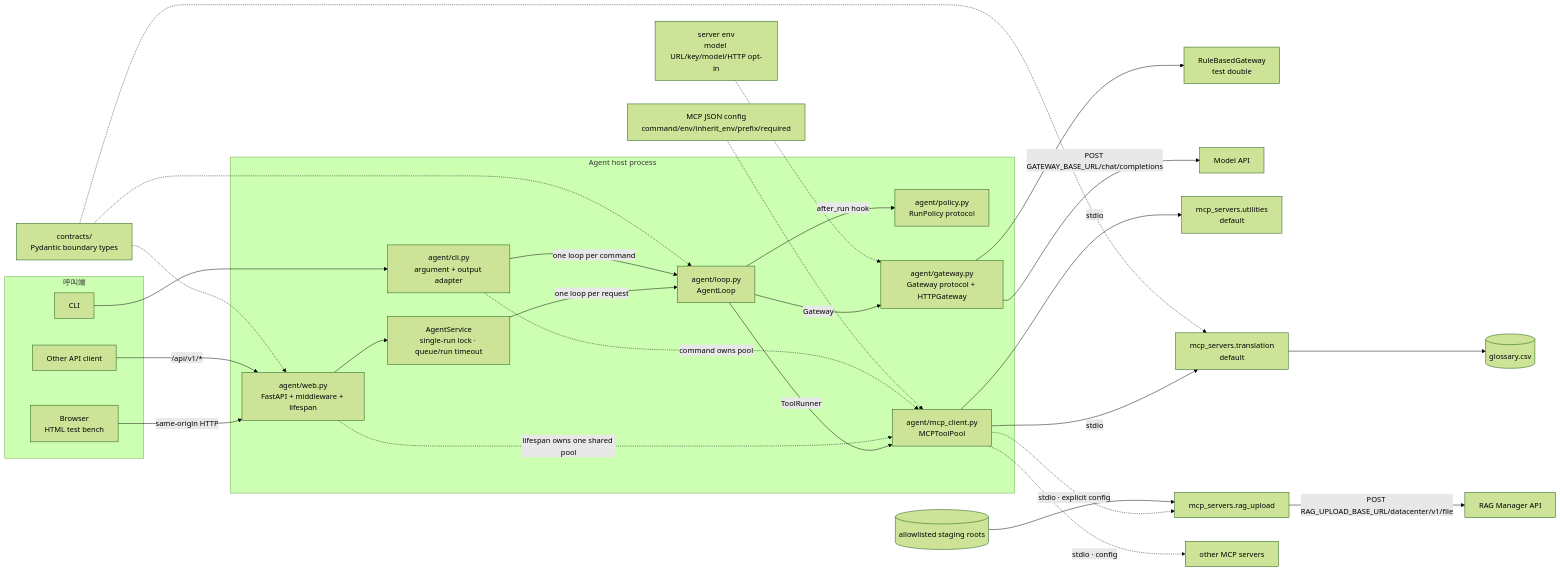
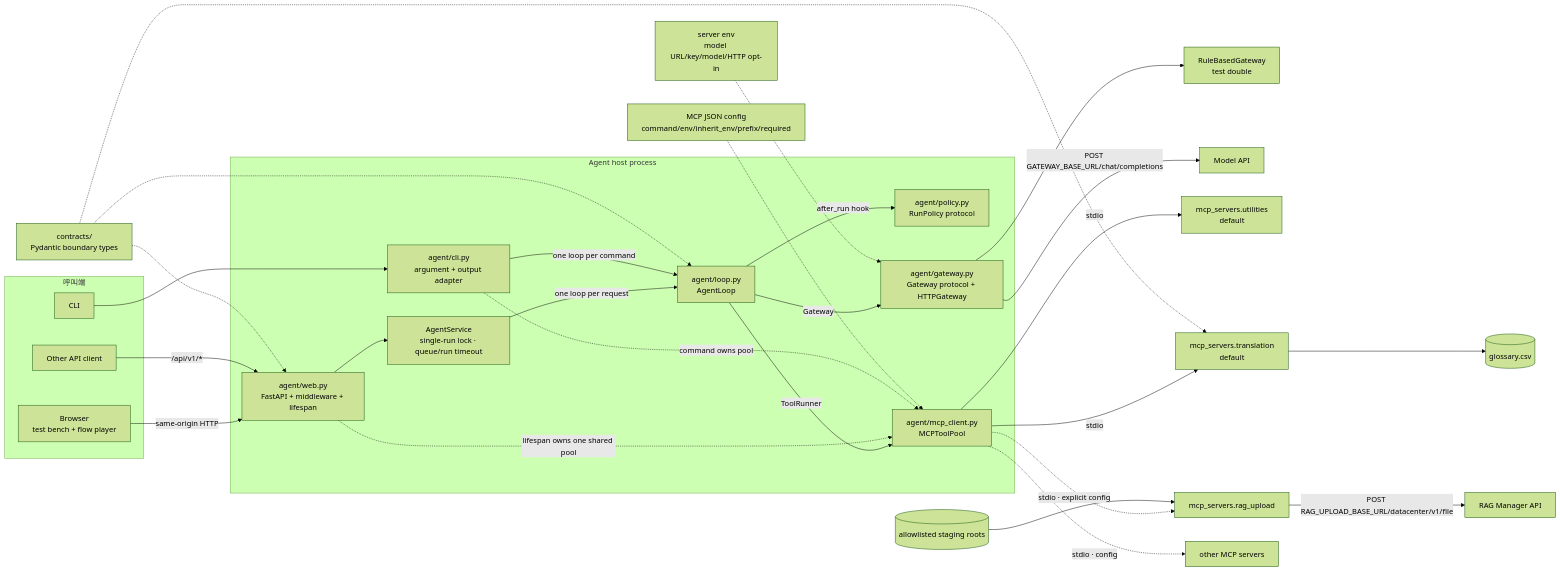
One commit to xian-ai-1057/mcp_agent changed the third of 12 diagrams in docs/architecture.md. Above: the diagram before and after it, drawn with Mermaid (forest theme). The commit also changed other lines of this file and 7 other files, not shown here.

````diff
--- a/docs/architecture.md
+++ b/docs/architecture.md
@@ -87,48 +87,48 @@
 ```mermaid
 flowchart LR
     subgraph CLIENTS["呼叫端"]
-        BROWSER["Browser<br/>HTML test bench"]
+        BROWSER["Browser<br/>test bench + flow player"]
         APPC["Other API client"]
         CLIC["CLI"]
     end
 
     subgraph HOST["Agent host process"]
         API["agent/web.py<br/>FastAPI + middleware + lifespan"]
         SVC["AgentService<br/>single-run lock · queue/run timeout"]
         CLI["agent/cli.py<br/>argument + output adapter"]
         LOOP["agent/loop.py<br/>AgentLoop"]
         POLICY["agent/policy.py<br/>RunPolicy protocol"]
         GW["agent/gateway.py<br/>Gateway protocol + HTTPGateway"]
         POOL["agent/mcp_client.py<br/>MCPToolPool"]
     end
 
     BROWSER -->|"same-origin HTTP"| API
     APPC -->|"/api/v1/*"| API
     CLIC --> CLI
     API --> SVC
     SVC -->|"one loop per request"| LOOP
     CLI -->|"one loop per command"| LOOP
     LOOP -->|"Gateway"| GW
     LOOP -->|"ToolRunner"| POOL
     LOOP -->|"after_run hook"| POLICY
 
     GW --> FAKE["RuleBasedGateway<br/>test double"]
     GW -->|"POST GATEWAY_BASE_URL/chat/completions"| MODEL["Model API"]
     API -.->|"lifespan owns one shared pool"| POOL
     CLI -.->|"command owns pool"| POOL
 
     POOL -->|"stdio"| UTIL["mcp_servers.utilities<br/>default"]
     POOL -->|"stdio"| TRANS["mcp_servers.translation<br/>default"]
     POOL -.->|"stdio · explicit config"| RAG["mcp_servers.rag_upload"]
     POOL -.->|"stdio · config"| CUSTOM["other MCP servers"]
 
     TRANS --> CSV[("glossary.csv")]
     STAGING[("allowlisted staging roots")] --> RAG
     RAG -->|"POST RAG_UPLOAD_BASE_URL/datacenter/v1/file"| RAGAPI["RAG Manager API"]
 
     ENV["server env<br/>model URL/key/model/HTTP opt-in"] -.-> GW
     MCPCFG["MCP JSON config<br/>command/env/inherit_env/prefix/required"] -.-> POOL
     CT["contracts/<br/>Pydantic boundary types"] -.-> API
     CT -.-> LOOP
     CT -.-> TRANS
 ```
````
